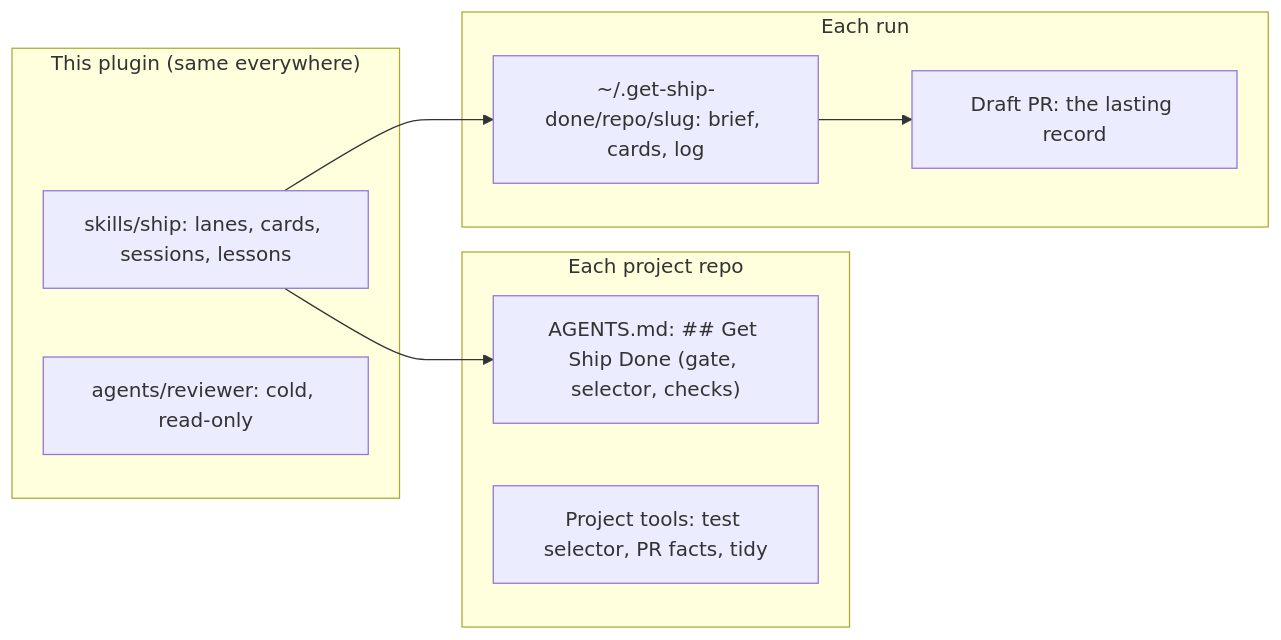
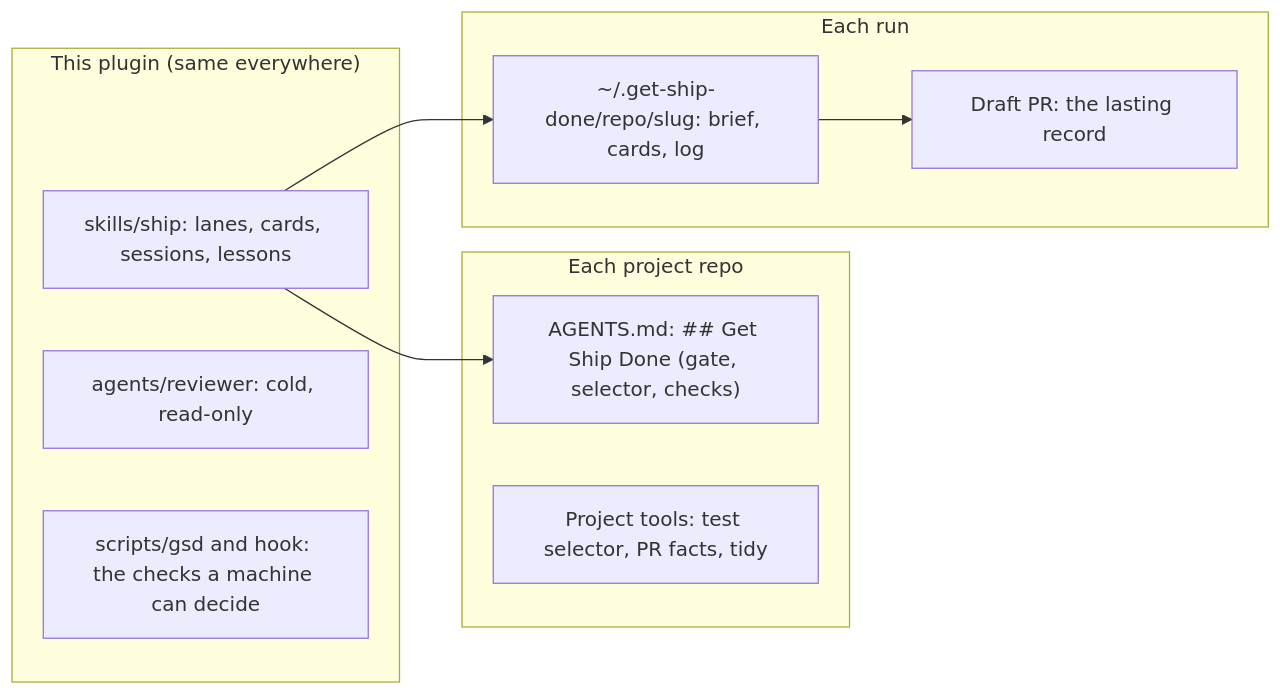
The second of 2 diagrams in README.md (mmubeenejaz/get-ship-done), drawn with Mermaid before and after one commit. The commit also changed other lines of this file and 6 other files, not shown here.

````diff
--- a/README.md
+++ b/README.md
@@ -24,18 +24,19 @@
 ```mermaid
 flowchart LR
   subgraph Plugin["This plugin (same everywhere)"]
     K[skills/ship: lanes, cards, sessions, lessons]
     V[agents/reviewer: cold, read-only]
+    G[scripts/gsd and hook: the checks a machine can decide]
   end
   subgraph Project["Each project repo"]
     A["AGENTS.md: ## Get Ship Done (gate, selector, checks)"]
     T[Project tools: test selector, PR facts, tidy]
   end
   subgraph Run["Each run"]
     F["~/.get-ship-done/repo/slug: brief, cards, log"]
     P[Draft PR: the lasting record]
   end
   K --> A
   K --> F
   F --> P
 ```
````
